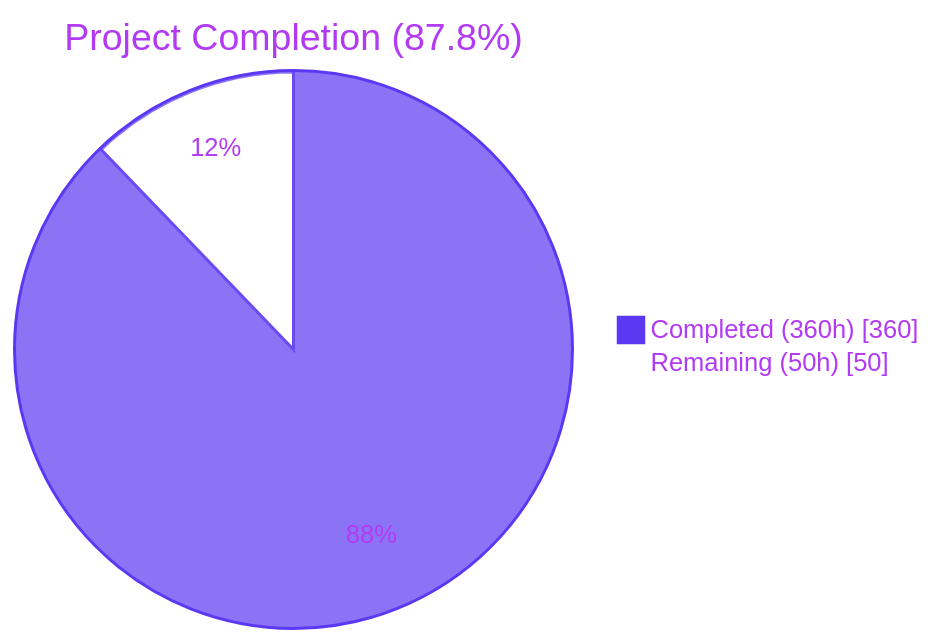
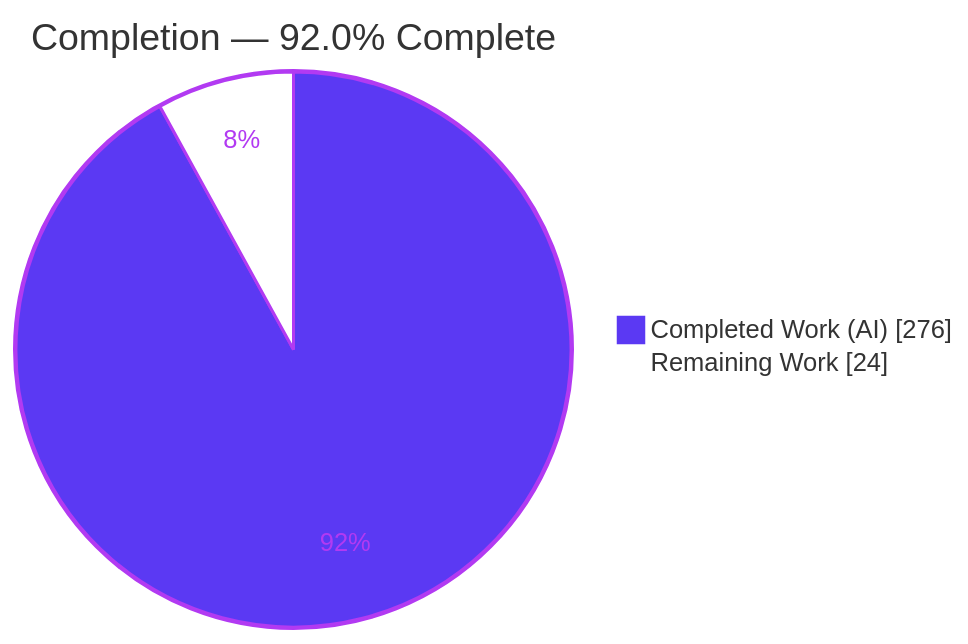
The first of 3 diagrams in blitzy/documentation/Project Guide.md (Blitzy-Sandbox/blitzy-ghostfolio), drawn with Mermaid before and after one commit. The commit also changed other lines of this file, not shown here.

Commit message:
Adding Blitzy Project Guide: Project Status and Human Tasks Remaining

````diff
--- a/blitzy/documentation/Project Guide.md
+++ b/blitzy/documentation/Project Guide.md
@@ -15,6 +17,6 @@
 ```mermaid
-%%{init: {'theme':'base', 'themeVariables': { 'pie1':'#5B39F3', 'pie2':'#FFFFFF', 'pieStrokeColor':'#5B39F3', 'pieOuterStrokeColor':'#5B39F3', 'pieTitleTextColor':'#B23AF2', 'pieSectionTextColor':'#B23AF2', 'pieLegendTextColor':'#B23AF2'}}}%%
-pie showData title Project Completion (87.8%)
-    "Completed (360h)" : 360
-    "Remaining (50h)" : 50
+%%{init: {'theme':'base', 'themeVariables': {'pie1':'#5B39F3','pie2':'#FFFFFF','pieStrokeColor':'#B23AF2','pieOuterStrokeColor':'#B23AF2','pieSectionTextColor':'#B23AF2','pieStrokeWidth':'2px','pieOpacity':'1'}}}%%
+pie showData title Completion — 92.0% Complete
+    "Completed Work (AI)" : 276
+    "Remaining Work" : 24
 ```
````
